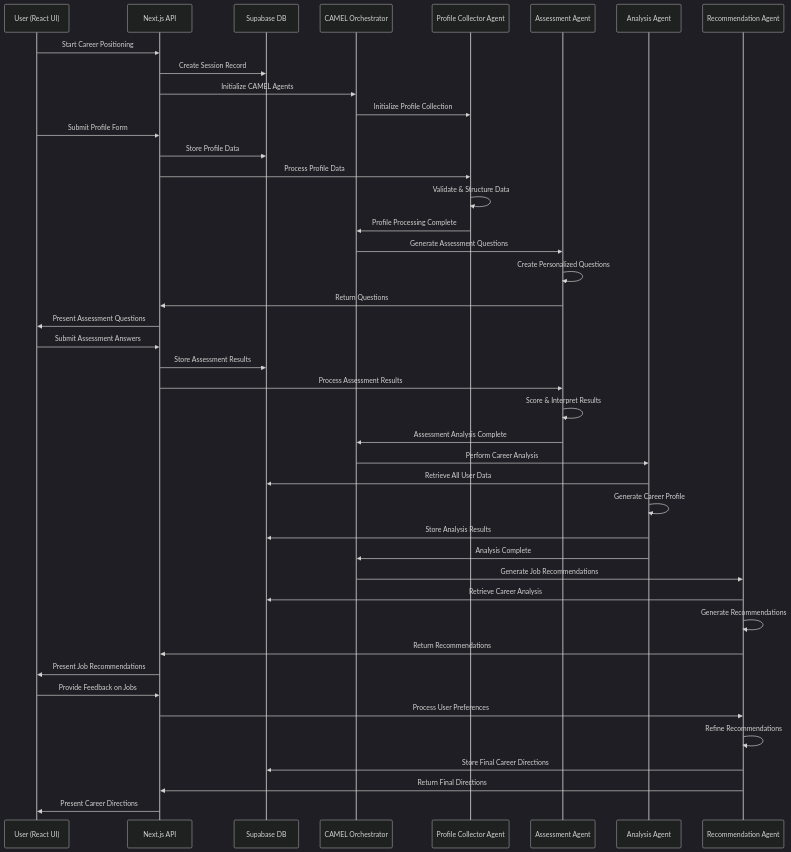
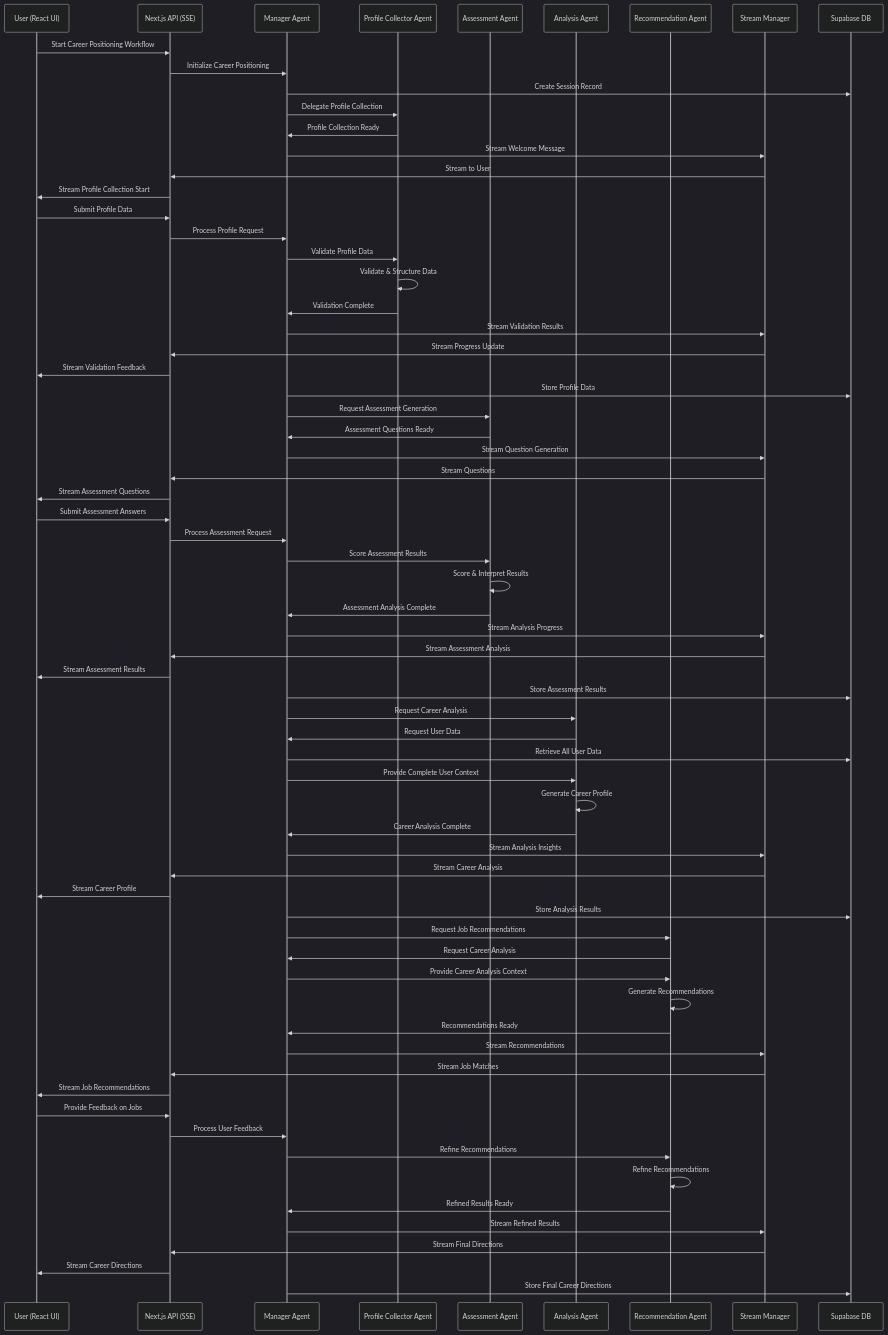
Before and after one commit to Lee999996/ezworking: the third of 3 diagrams in .kiro/specs/career-positioning/design.md, drawn with Mermaid (dark theme). The commit also changed other lines of this file and 22 other files, not shown here.

````diff
--- a/.kiro/specs/career-positioning/design.md
+++ b/.kiro/specs/career-positioning/design.md
@@ -61,52 +119,77 @@
 ```mermaid
 sequenceDiagram
     participant U as User (React UI)
-    participant API as Next.js API
-    participant DB as Supabase DB
-    participant O as CAMEL Orchestrator
+    participant API as Next.js API (SSE)
+    participant MA as Manager Agent
     participant PC as Profile Collector Agent
     participant AS as Assessment Agent
     participant AN as Analysis Agent
     participant RC as Recommendation Agent
+    participant SM as Stream Manager
+    participant DB as Supabase DB
 
-    U->>API: Start Career Positioning
-    API->>DB: Create Session Record
-    API->>O: Initialize CAMEL Agents
-    O->>PC: Initialize Profile Collection
+    U->>API: Start Career Positioning Workflow
+    API->>MA: Initialize Career Positioning
+    MA->>DB: Create Session Record
+    MA->>PC: Delegate Profile Collection
+    PC->>MA: Profile Collection Ready
+    MA->>SM: Stream Welcome Message
+    SM->>API: Stream to User
+    API->>U: Stream Profile Collection Start
     
-    U->>API: Submit Profile Form
-    API->>DB: Store Profile Data
-    API->>PC: Process Profile Data
+    U->>API: Submit Profile Data
+    API->>MA: Process Profile Request
+    MA->>PC: Validate Profile Data
     PC->>PC: Validate & Structure Data
-    PC->>O: Profile Processing Complete
+    PC->>MA: Validation Complete
+    MA->>SM: Stream Validation Results
+    SM->>API: Stream Progress Update
+    API->>U: Stream Validation Feedback
+    MA->>DB: Store Profile Data
     
-    O->>AS: Generate Assessment Questions
-    AS->>AS: Create Personalized Questions
-    AS->>API: Return Questions
-    API->>U: Present Assessment Questions
+    MA->>AS: Request Assessment Generation
+    AS->>MA: Assessment Questions Ready
+    MA->>SM: Stream Question Generation
+    SM->>API: Stream Questions
+    API->>U: Stream Assessment Questions
     
     U->>API: Submit Assessment Answers
-    API->>DB: Store Assessment Results
-    API->>AS: Process Assessment Results
+    API->>MA: Process Assessment Request
+    MA->>AS: Score Assessment Results
     AS->>AS: Score & Interpret Results
-    AS->>O: Assessment Analysis Complete
+    AS->>MA: Assessment Analysis Complete
+    MA->>SM: Stream Analysis Progress
+    SM->>API: Stream Assessment Analysis
+    API->>U: Stream Assessment Results
+    MA->>DB: Store Assessment Results
     
-    O->>AN: Perform Career Analysis
-    AN->>DB: Retrieve All User Data
+    MA->>AN: Request Career Analysis
+    AN->>MA: Request User Data
+    MA->>DB: Retrieve All User Data
+    MA->>AN: Provide Complete User Context
     AN->>AN: Generate Career Profile
-    AN->>DB: Store Analysis Results
-    AN->>O: Analysis Complete
+    AN->>MA: Career Analysis Complete
+    MA->>SM: Stream Analysis Insights
+    SM->>API: Stream Career Analysis
+    API->>U: Stream Career Profile
+    MA->>DB: Store Analysis Results
     
-    O->>RC: Generate Job Recommendations
-    RC->>DB: Retrieve Career Analysis
+    MA->>RC: Request Job Recommendations
+    RC->>MA: Request Career Analysis
+    MA->>RC: Provide Career Analysis Context
     RC->>RC: Generate Recommendations
-    RC->>API: Return Recommendations
-    API->>U: Present Job Recommendations
+    RC->>MA: Recommendations Ready
+    MA->>SM: Stream Recommendations
+    SM->>API: Stream Job Matches
+    API->>U: Stream Job Recommendations
     
     U->>API: Provide Feedback on Jobs
-    API->>RC: Process User Preferences
+    API->>MA: Process User Feedback
+    MA->>RC: Refine Recommendations
     RC->>RC: Refine Recommendations
-    RC->>DB: Store Final Career Directions
-    RC->>API: Return Final Directions
-    API->>U: Present Career Directions
+    RC->>MA: Refined Results Ready
+    MA->>SM: Stream Refined Results
+    SM->>API: Stream Final Directions
+    API->>U: Stream Career Directions
+    MA->>DB: Store Final Career Directions
 ```
````
